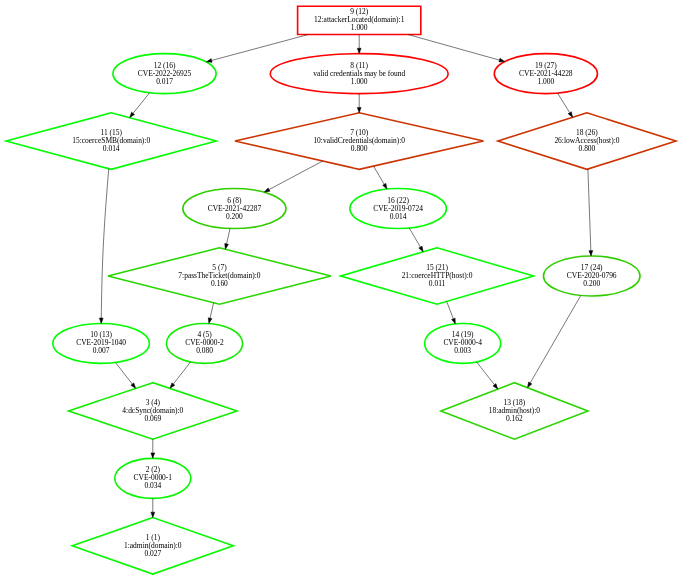
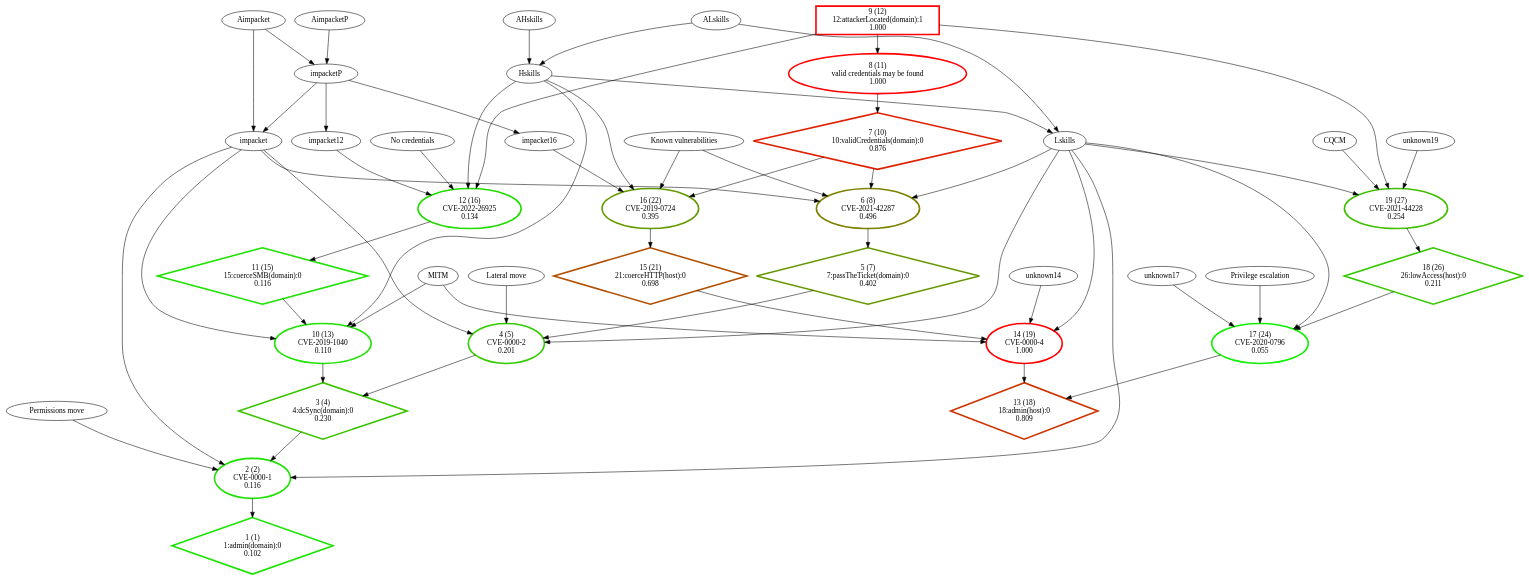
The diagram in Personnal_simulations/output_selection_pour présentation/strongly_connected_components/ag-nocycles_colored.dot (NathanaeldeLaChesnais/attacker_profiling_for_BAG_with_honeypots), drawn with Graphviz before and after one commit. The commit also changed 10 other files, not shown here.

```diff
--- a/Personnal_simulations/output_selection_pour présentation/strongly_connected_components/ag-nocycles_colored.dot
+++ b/Personnal_simulations/output_selection_pour présentation/strongly_connected_components/ag-nocycles_colored.dot
@@ -1,41 +1,78 @@
 digraph G {
-  1 [label="1 (1)\n1:admin(domain):0\n0.027", color="#07F800", penwidth=3, shape="diamond"];
-  2 [label="2 (2)\nCVE-0000-1\n0.034", color="#08F700", penwidth=3, shape="ellipse"];
-  3 [label="3 (4)\n4:dcSync(domain):0\n0.069", color="#11EE00", penwidth=3, shape="diamond"];
-  4 [label="4 (5)\nCVE-0000-2\n0.080", color="#14EB00", penwidth=3, shape="ellipse"];
-  5 [label="5 (7)\n7:passTheTicket(domain):0\n0.160", color="#28D700", penwidth=3, shape="diamond"];
-  6 [label="6 (8)\nCVE-2021-42287\n0.200", color="#32CD00", penwidth=3, shape="ellipse"];
-  7 [label="7 (10)\n10:validCredentials(domain):0\n0.800", color="#CC3300", penwidth=3, shape="diamond"];
+  1 [label="1 (1)\n1:admin(domain):0\n0.102", color="#1AE500", penwidth=3, shape="diamond"];
+  2 [label="2 (2)\nCVE-0000-1\n0.116", color="#1DE200", penwidth=3, shape="ellipse"];
+  3 [label="3 (4)\n4:dcSync(domain):0\n0.230", color="#3AC500", penwidth=3, shape="diamond"];
+  4 [label="4 (5)\nCVE-0000-2\n0.201", color="#33CC00", penwidth=3, shape="ellipse"];
+  5 [label="5 (7)\n7:passTheTicket(domain):0\n0.402", color="#669900", penwidth=3, shape="diamond"];
+  6 [label="6 (8)\nCVE-2021-42287\n0.496", color="#7E8100", penwidth=3, shape="ellipse"];
+  7 [label="7 (10)\n10:validCredentials(domain):0\n0.876", color="#DF2000", penwidth=3, shape="diamond"];
   8 [label="8 (11)\nvalid credentials may be found\n1.000", color="#FE0100", penwidth=3, shape="ellipse"];
   9 [label="9 (12)\n12:attackerLocated(domain):1\n1.000", color="#FE0100", penwidth=3, shape="box"];
-  10 [label="10 (13)\nCVE-2019-1040\n0.007", color="#01FE00", penwidth=3, shape="ellipse"];
-  11 [label="11 (15)\n15:coerceSMB(domain):0\n0.014", color="#03FC00", penwidth=3, shape="diamond"];
-  12 [label="12 (16)\nCVE-2022-26925\n0.017", color="#04FB00", penwidth=3, shape="ellipse"];
-  13 [label="13 (18)\n18:admin(host):0\n0.162", color="#29D600", penwidth=3, shape="diamond"];
-  14 [label="14 (19)\nCVE-0000-4\n0.003", color="#00FF00", penwidth=3, shape="ellipse"];
-  15 [label="15 (21)\n21:coerceHTTP(host):0\n0.011", color="#02FD00", penwidth=3, shape="diamond"];
-  16 [label="16 (22)\nCVE-2019-0724\n0.014", color="#03FC00", penwidth=3, shape="ellipse"];
-  17 [label="17 (24)\nCVE-2020-0796\n0.200", color="#32CD00", penwidth=3, shape="ellipse"];
-  18 [label="18 (26)\n26:lowAccess(host):0\n0.800", color="#CC3300", penwidth=3, shape="diamond"];
-  19 [label="19 (27)\nCVE-2021-44228\n1.000", color="#FF0000", penwidth=3, shape="ellipse"];
+  10 [label="10 (13)\nCVE-2019-1040\n0.110", color="#1CE300", penwidth=3, shape="ellipse"];
+  11 [label="11 (15)\n15:coerceSMB(domain):0\n0.116", color="#1DE200", penwidth=3, shape="diamond"];
+  12 [label="12 (16)\nCVE-2022-26925\n0.134", color="#22DD00", penwidth=3, shape="ellipse"];
+  13 [label="13 (18)\n18:admin(host):0\n0.809", color="#CE3100", penwidth=3, shape="diamond"];
+  14 [label="14 (19)\nCVE-0000-4\n1.000", color="#FF0000", penwidth=3, shape="ellipse"];
+  15 [label="15 (21)\n21:coerceHTTP(host):0\n0.698", color="#B14E00", penwidth=3, shape="diamond"];
+  16 [label="16 (22)\nCVE-2019-0724\n0.395", color="#649B00", penwidth=3, shape="ellipse"];
+  17 [label="17 (24)\nCVE-2020-0796\n0.055", color="#0EF100", penwidth=3, shape="ellipse"];
+  18 [label="18 (26)\n26:lowAccess(host):0\n0.211", color="#35CA00", penwidth=3, shape="diamond"];
+  19 [label="19 (27)\nCVE-2021-44228\n0.254", color="#40BF00", penwidth=3, shape="ellipse"];
   "9" -> "8";
   "9" -> "12";
   "9" -> "19";
   "8" -> "7";
   "7" -> "6";
   "7" -> "16";
   "6" -> "5";
   "5" -> "4";
   "4" -> "3";
   "3" -> "2";
   "12" -> "11";
   "11" -> "10";
   "10" -> "3";
   "2" -> "1";
   "16" -> "15";
   "15" -> "14";
   "14" -> "13";
   "19" -> "18";
   "18" -> "17";
   "17" -> "13";
+  "ALskills" -> "Lskills";
+  "ALskills" -> "Hskills";
+  "Lskills" -> "2";
+  "Lskills" -> "4";
+  "Lskills" -> "6";
+  "Lskills" -> "14";
+  "Lskills" -> "17";
+  "Lskills" -> "19";
+  "Hskills" -> "Lskills";
+  "Hskills" -> "10";
+  "Hskills" -> "12";
+  "Hskills" -> "16";
+  "AHskills" -> "Hskills";
+  "Aimpacket" -> "impacketP";
+  "Aimpacket" -> "impacket";
+  "impacketP" -> "impacket";
+  "impacketP" -> "impacket12";
+  "impacketP" -> "impacket16";
+  "impacket" -> "2";
+  "impacket" -> "4";
+  "impacket" -> "6";
+  "impacket" -> "10";
+  "AimpacketP" -> "impacketP";
+  "Permissions move" -> "2";
+  "Lateral move" -> "4";
+  "Known vulnerabilities" -> "6";
+  "Known vulnerabilities" -> "16";
+  "MITM" -> "10";
+  "MITM" -> "14";
+  "impacket12" -> "12";
+  "No credentials" -> "12";
+  "unknown14" -> "14";
+  "impacket16" -> "16";
+  "unknown17" -> "17";
+  "Privilege escalation" -> "17";
+  "unknown19" -> "19";
+  "CQCM" -> "19";
 }
```
